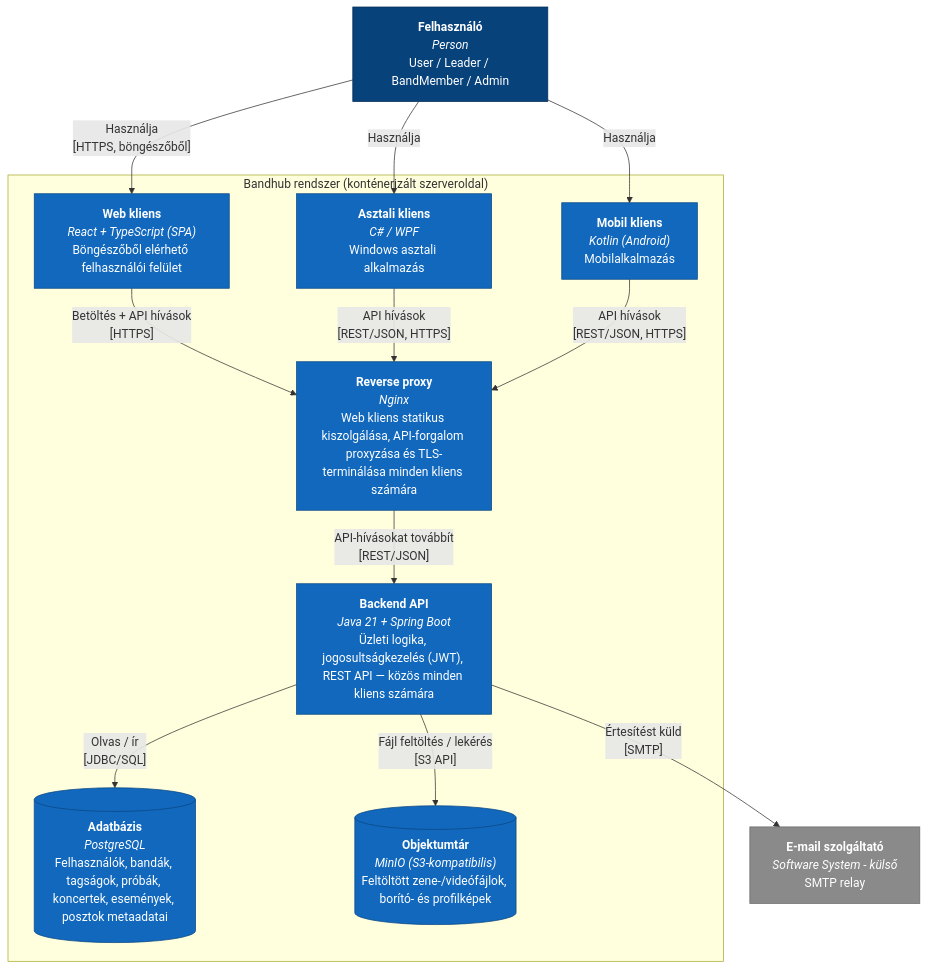
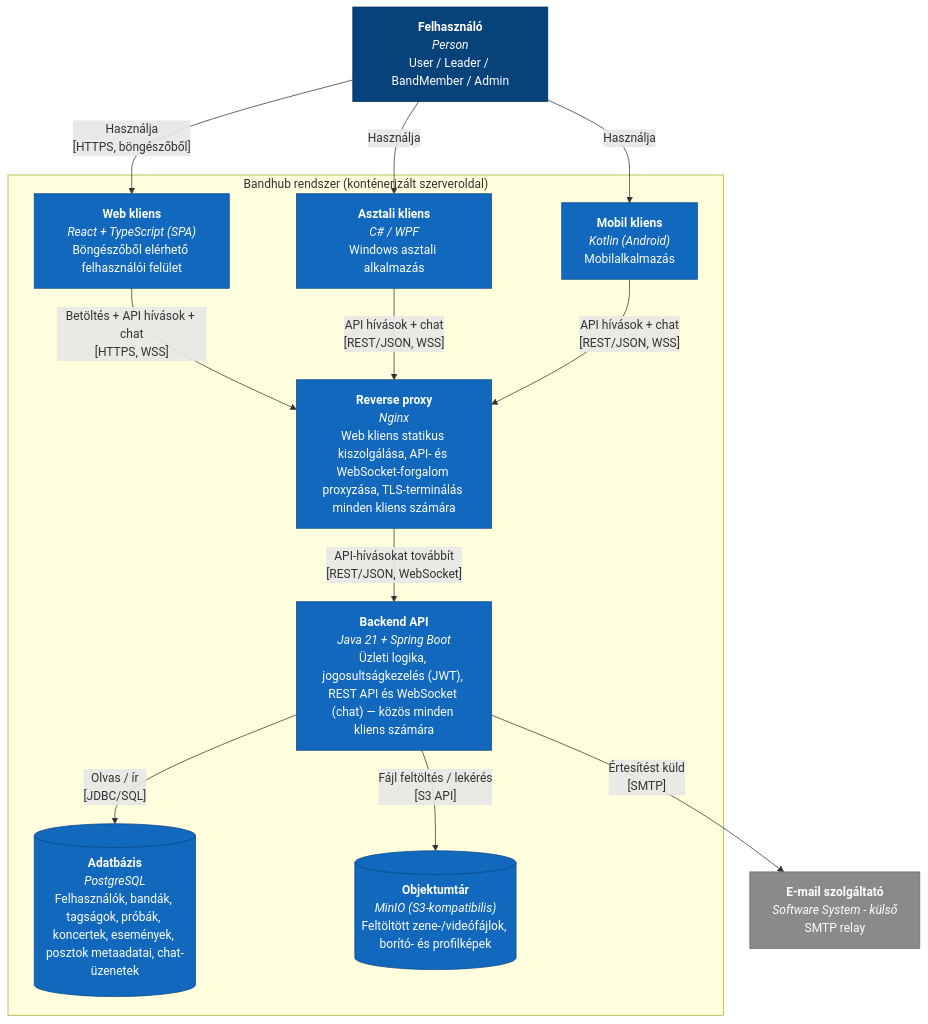
One commit to Kiyo200/BegBand changed the diagram in diagrams/mermaid/Container.md. Above: the diagram before and after it, drawn with Mermaid. The commit also changed 12 other files, not shown here.

````diff
--- a/diagrams/mermaid/Container.md
+++ b/diagrams/mermaid/Container.md
@@ -7,36 +7,36 @@
 ```mermaid
 flowchart TD
     user["<b>Felhasználó</b><br/><i>Person</i><br/>User / Leader / BandMember / Admin"]
 
     subgraph bandhub["Bandhub rendszer (konténerizált szerveroldal)"]
         web["<b>Web kliens</b><br/><i>React + TypeScript (SPA)</i><br/>Böngészőből elérhető felhasználói felület"]
         desktop["<b>Asztali kliens</b><br/><i>C# / WPF</i><br/>Windows asztali alkalmazás"]
         mobile["<b>Mobil kliens</b><br/><i>Kotlin (Android)</i><br/>Mobilalkalmazás"]
-        nginx["<b>Reverse proxy</b><br/><i>Nginx</i><br/>Web kliens statikus kiszolgálása, API-forgalom proxyzása és TLS-terminálása minden kliens számára"]
-        backend["<b>Backend API</b><br/><i>Java 21 + Spring Boot</i><br/>Üzleti logika, jogosultságkezelés (JWT), REST API — közös minden kliens számára"]
-        db[("<b>Adatbázis</b><br/><i>PostgreSQL</i><br/>Felhasználók, bandák, tagságok, próbák, koncertek, események, posztok metaadatai")]
+        nginx["<b>Reverse proxy</b><br/><i>Nginx</i><br/>Web kliens statikus kiszolgálása, API- és WebSocket-forgalom proxyzása, TLS-terminálás minden kliens számára"]
+        backend["<b>Backend API</b><br/><i>Java 21 + Spring Boot</i><br/>Üzleti logika, jogosultságkezelés (JWT), REST API és WebSocket (chat) — közös minden kliens számára"]
+        db[("<b>Adatbázis</b><br/><i>PostgreSQL</i><br/>Felhasználók, bandák, tagságok, próbák, koncertek, események, posztok metaadatai, chat-üzenetek")]
         storage[("<b>Objektumtár</b><br/><i>MinIO (S3-kompatibilis)</i><br/>Feltöltött zene-/videófájlok, borító- és profilképek")]
     end
 
     email["<b>E-mail szolgáltató</b><br/><i>Software System - külső</i><br/>SMTP relay"]
 
     user -->|"Használja<br/>[HTTPS, böngészőből]"| web
     user -->|"Használja"| desktop
     user -->|"Használja"| mobile
 
-    web -->|"Betöltés + API hívások<br/>[HTTPS]"| nginx
-    desktop -->|"API hívások<br/>[REST/JSON, HTTPS]"| nginx
-    mobile -->|"API hívások<br/>[REST/JSON, HTTPS]"| nginx
-    nginx -->|"API-hívásokat továbbít<br/>[REST/JSON]"| backend
+    web -->|"Betöltés + API hívások + chat<br/>[HTTPS, WSS]"| nginx
+    desktop -->|"API hívások + chat<br/>[REST/JSON, WSS]"| nginx
+    mobile -->|"API hívások + chat<br/>[REST/JSON, WSS]"| nginx
+    nginx -->|"API-hívásokat továbbít<br/>[REST/JSON, WebSocket]"| backend
 
     backend -->|"Olvas / ír<br/>[JDBC/SQL]"| db
     backend -->|"Fájl feltöltés / lekérés<br/>[S3 API]"| storage
     backend -->|"Értesítést küld<br/>[SMTP]"| email
 
     classDef person fill:#08427B,stroke:#052E56,color:#fff
     classDef container fill:#1168BD,stroke:#0B4884,color:#fff
     classDef external fill:#8A8A8A,stroke:#6B6B6B,color:#fff
     class user person
     class web,desktop,mobile,nginx,backend,db,storage container
     class email external
 ```
````
